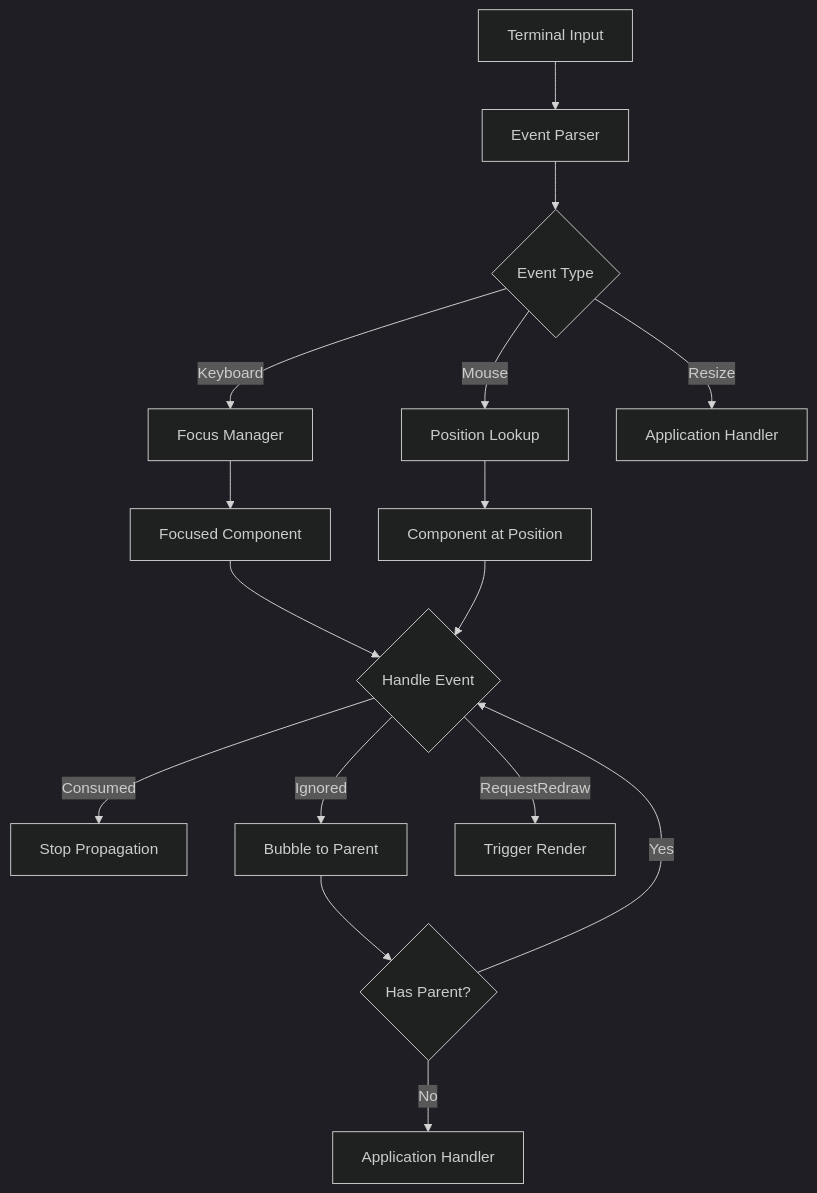
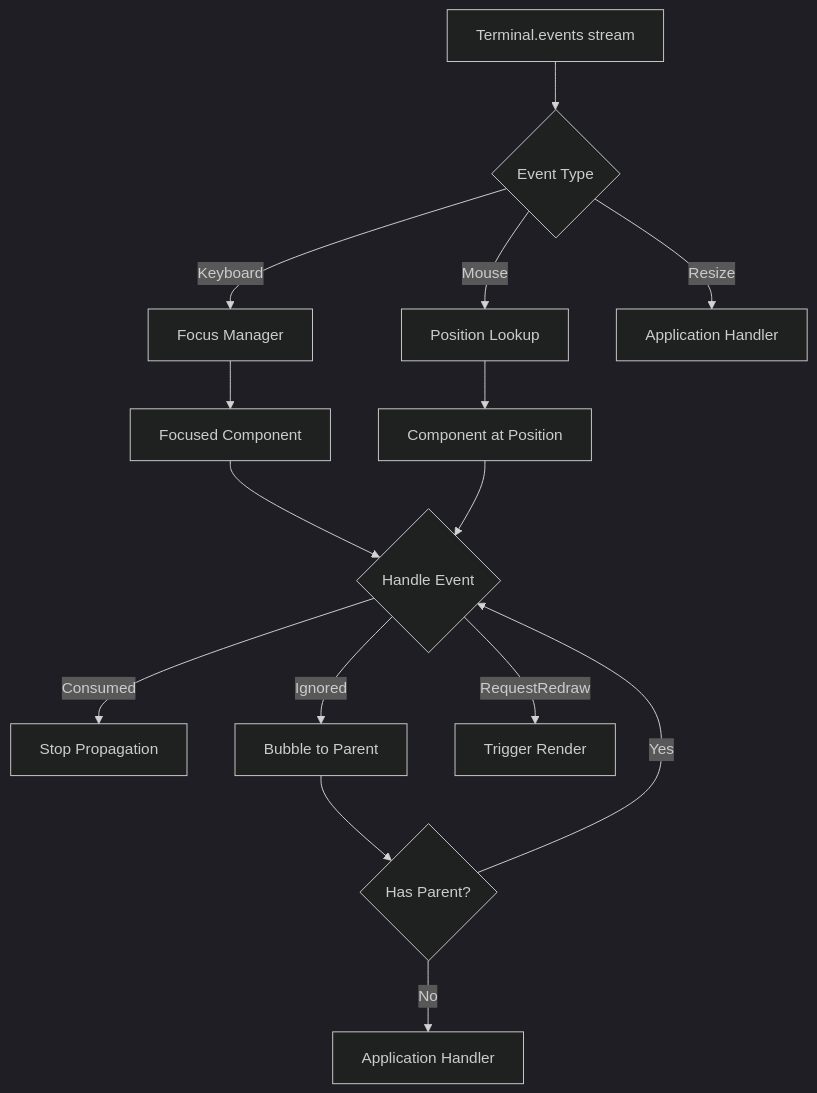
Diagram 13 of 27 in docs/terminal-architecture.md (WickedSik/ws-console), drawn with Mermaid (dark theme) before and after one commit. The commit also changed other lines of this file and 11 other files, not shown here.

First line of the commit message:
Add Layer 5 Event System with parser pipeline and keypress-driven demo

````diff
--- a/docs/terminal-architecture.md
+++ b/docs/terminal-architecture.md
@@ -932,18 +987,17 @@
 ```mermaid
 graph TD
-    A[Terminal Input] --> B[Event Parser]
-    B --> C{Event Type}
-    C -->|Keyboard| D[Focus Manager]
-    C -->|Mouse| E[Position Lookup]
-    C -->|Resize| F[Application Handler]
-    D --> G[Focused Component]
-    E --> H[Component at Position]
-    G --> I{Handle Event}
-    H --> I
-    I -->|Consumed| J[Stop Propagation]
-    I -->|Ignored| K[Bubble to Parent]
-    I -->|RequestRedraw| L[Trigger Render]
-    K --> M{Has Parent?}
-    M -->|Yes| I
-    M -->|No| N[Application Handler]
+    A[Terminal.events stream] --> B{Event Type}
+    B -->|Keyboard| C[Focus Manager]
+    B -->|Mouse| D[Position Lookup]
+    B -->|Resize| E[Application Handler]
+    C --> F[Focused Component]
+    D --> G[Component at Position]
+    F --> H{Handle Event}
+    G --> H
+    H -->|Consumed| I[Stop Propagation]
+    H -->|Ignored| J[Bubble to Parent]
+    H -->|RequestRedraw| K[Trigger Render]
+    J --> L{Has Parent?}
+    L -->|Yes| H
+    L -->|No| M[Application Handler]
 ```
````
